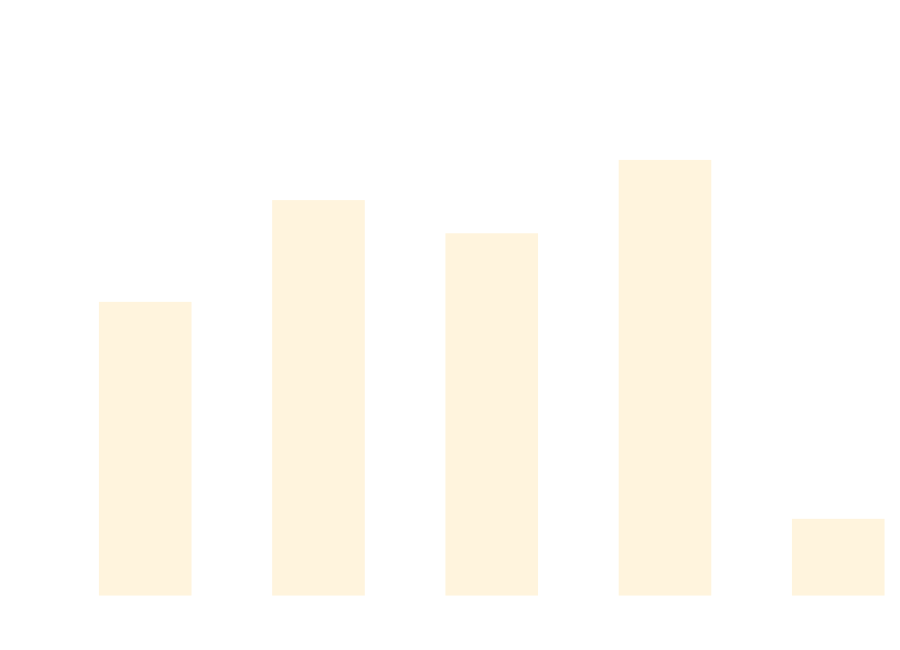
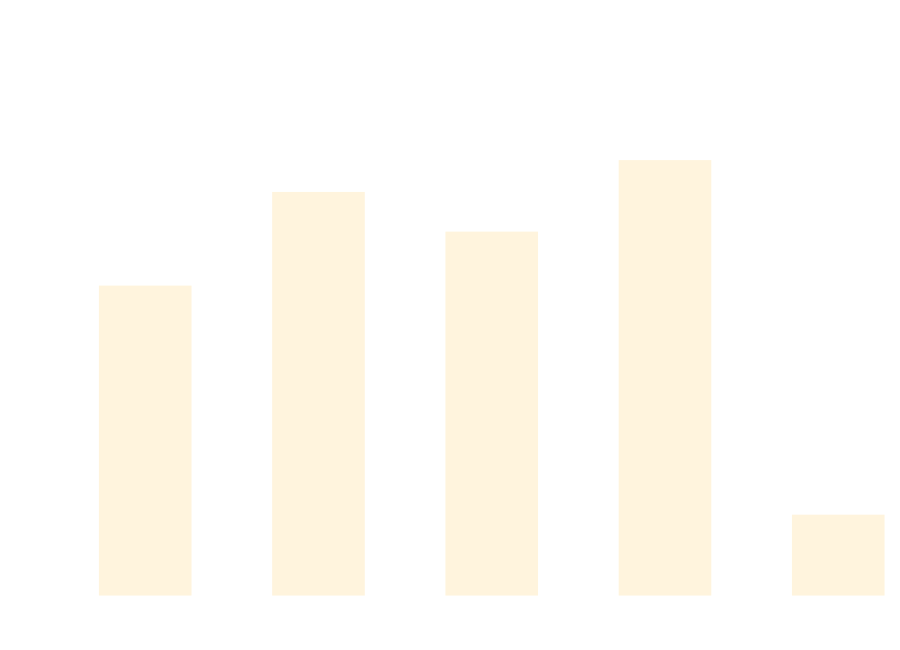
One commit to thomhurst/TUnit changed the diagram in docs/docs/benchmarks/AsyncTests.md. Above: the diagram before and after it, drawn with Mermaid. The commit also changed other lines of this file and 17 other files, not shown here.

````diff
--- a/docs/docs/benchmarks/AsyncTests.md
+++ b/docs/docs/benchmarks/AsyncTests.md
@@ -27,37 +27,37 @@
 ```mermaid
 %%{init: {
   'theme':'base',
   'themeVariables': {
     'primaryColor': '#2563eb',
     'primaryTextColor': '#ffffff',
     'primaryBorderColor': '#1e40af',
     'lineColor': '#6b7280',
     'secondaryColor': '#7c3aed',
     'tertiaryColor': '#dc2626',
     'background': '#ffffff',
     'mainBkg': '#2563eb',
     'secondBkg': '#7c3aed',
     'tertiaryBkg': '#dc2626',
     'clusterBkg': '#f3f4f6',
     'edgeLabelBackground': '#ffffff',
     'tertiaryTextColor': '#1f2937',
     'pie1': '#2563eb',
     'pie2': '#7c3aed',
     'pie3': '#dc2626',
     'pie4': '#f59e0b',
     'pie5': '#10b981',
     'pie6': '#06b6d4',
     'pie7': '#ec4899',
     'pie8': '#6366f1',
     'pie9': '#84cc16',
     'pie10': '#f97316',
     'pie11': '#14b8a6',
     'pie12': '#a855f7'
   }
 }}%%
 xychart-beta
   title "AsyncTests Performance Comparison"
   x-axis ["TUnit", "NUnit", "MSTest", "xUnit3", "TUnit_AOT"]
-  y-axis "Time (ms)" 0 --> 935
-  bar [519.2, 705.3, 644.6, 778.8, 122.4]
+  y-axis "Time (ms)" 0 --> 876
+  bar [514.3, 674.8, 606.8, 729.3, 121.8]
 ```
````
